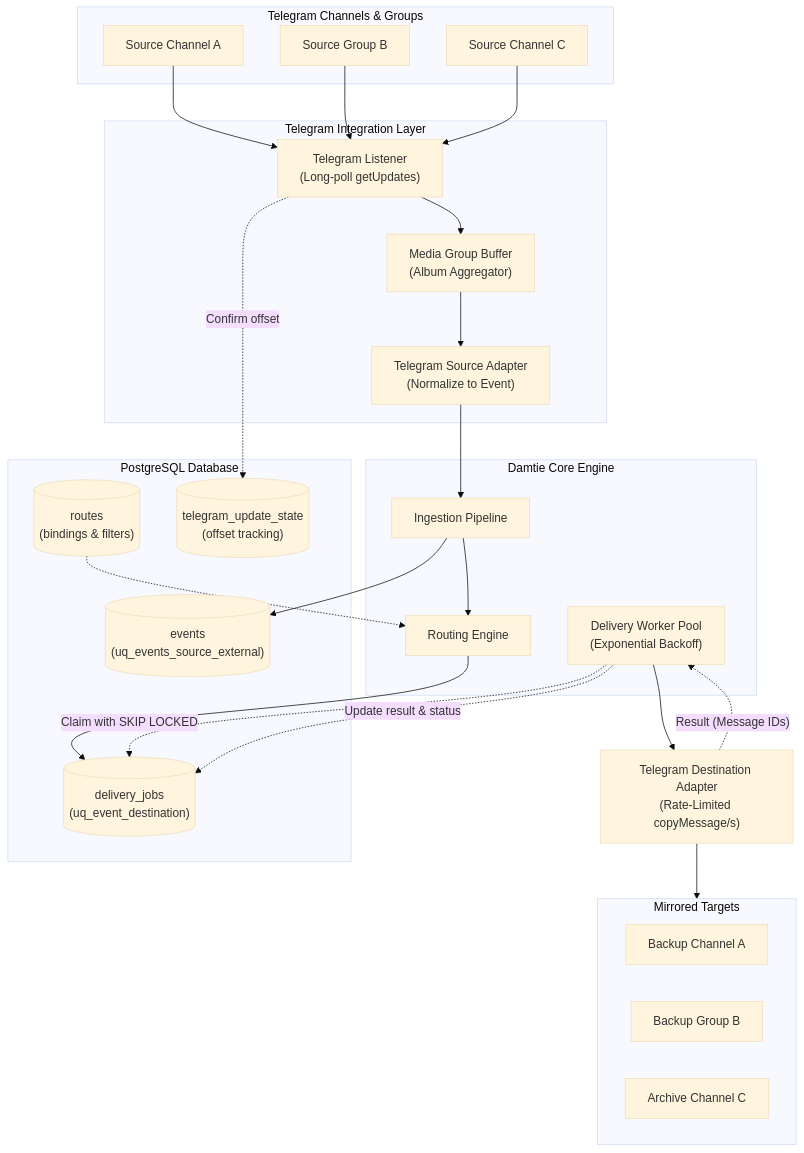
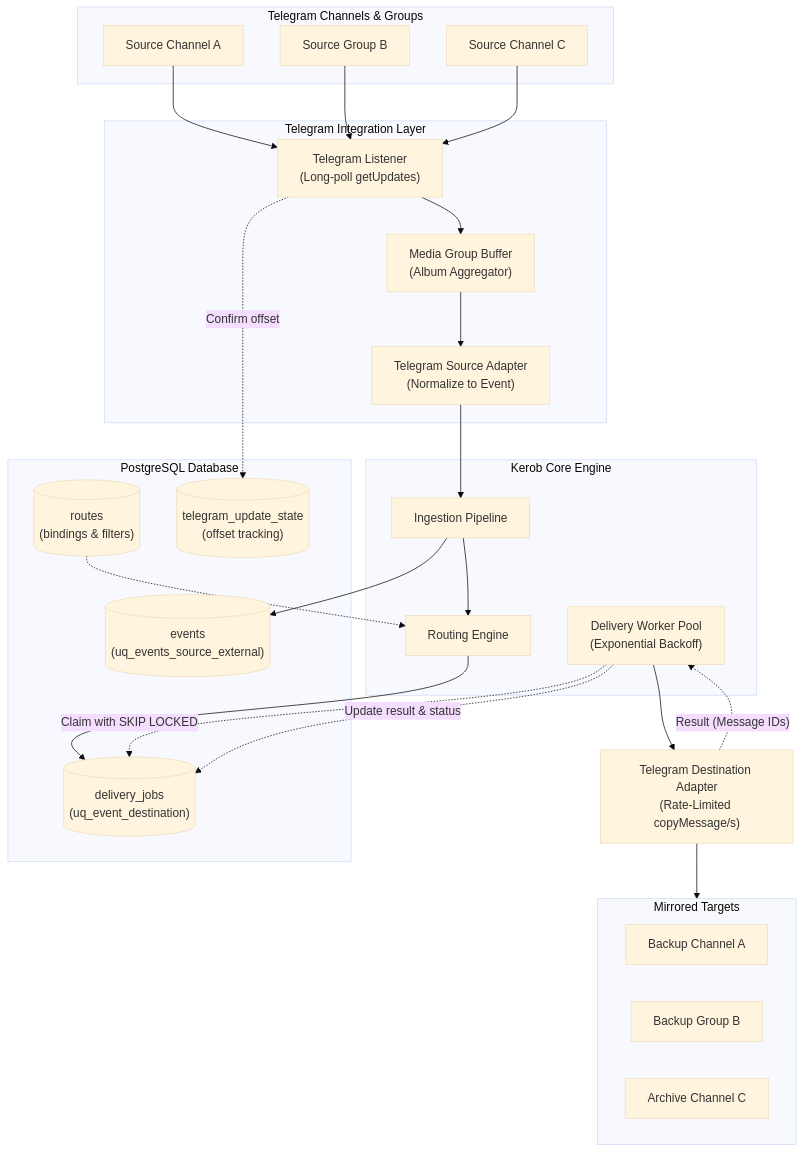
The diagram in README.md (Samuel-0228/edab), drawn with Mermaid (base theme) before and after one commit. The commit also changed other lines of this file, not shown here.

First line of the commit message:
docs: document Kerob implementation and configuration

````diff
--- a/README.md
+++ b/README.md
@@ -89,46 +89,46 @@
 ```mermaid
 flowchart TD
     subgraph TelegramSources["Telegram Channels & Groups"]
         ChA["Source Channel A"]
         ChB["Source Group B"]
         ChC["Source Channel C"]
     end
 
-    subgraph DamtieIntegration["Telegram Integration Layer"]
+    subgraph KerobIntegration["Telegram Integration Layer"]
         Listener["Telegram Listener\n(Long-poll getUpdates)"]
         Buffer["Media Group Buffer\n(Album Aggregator)"]
         SrcAdp["Telegram Source Adapter\n(Normalize to Event)"]
     end
 
-    subgraph CoreEngine["Damtie Core Engine"]
+    subgraph CoreEngine["Kerob Core Engine"]
         Pipe["Ingestion Pipeline"]
         Router["Routing Engine"]
         Workers["Delivery Worker Pool\n(Exponential Backoff)"]
     end
 
     subgraph Storage["PostgreSQL Database"]
         Events[("events\n(uq_events_source_external)")]
         Routes[("routes\n(bindings & filters)")]
         Jobs[("delivery_jobs\n(uq_event_destination)")]
         State[("telegram_update_state\n(offset tracking)")]
     end
 
     subgraph Targets["Mirrored Targets"]
         Dest1["Backup Channel A"]
         Dest2["Backup Group B"]
         Dest3["Archive Channel C"]
     end
 
     ChA & ChB & ChC --> Listener
     Listener --> Buffer --> SrcAdp --> Pipe
     Pipe --> Events
     Pipe --> Router
     Routes -.-> Router
     Router --> Jobs
     Workers -. Claim with SKIP LOCKED .-> Jobs
     Workers --> DestAdp["Telegram Destination Adapter\n(Rate-Limited copyMessage/s)"]
     DestAdp --> Targets
     DestAdp -. Result (Message IDs) .-> Workers
     Workers -. Update result & status .-> Jobs
     Listener -. Confirm offset .-> State
 ```
````
